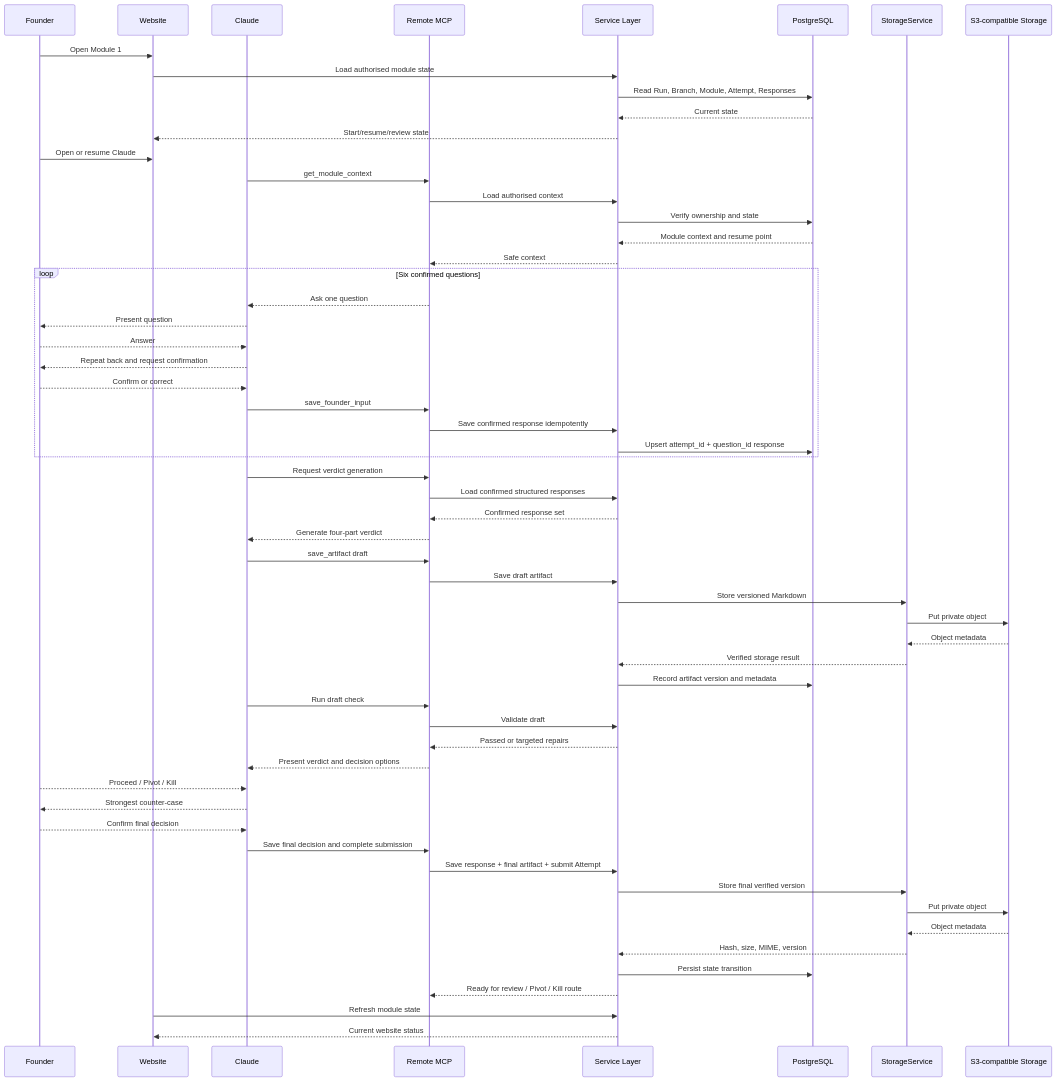
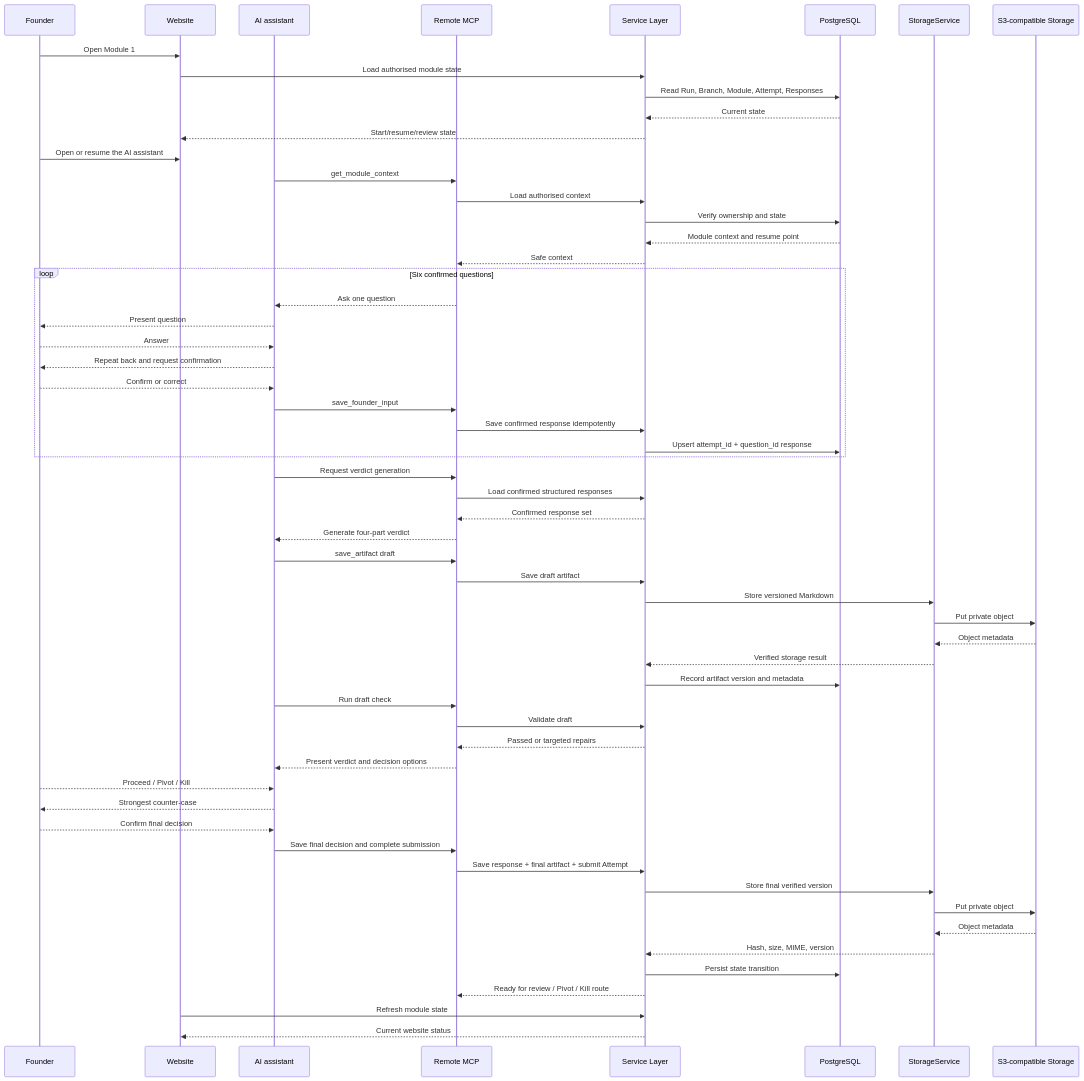
Before and after one commit to kasuganoharuga/ai-catalyst-workspace: the third of 3 diagrams in docs/product/module-0-and-module-1-workflow.md, drawn with Mermaid. The commit also changed other lines of this file and 10 other files, not shown here.

````diff
--- a/docs/product/module-0-and-module-1-workflow.md
+++ b/docs/product/module-0-and-module-1-workflow.md
@@ -700,66 +707,66 @@
 ```mermaid
 sequenceDiagram
     participant F as Founder
     participant W as Website
-    participant C as Claude
+    participant C as AI assistant
     participant M as Remote MCP
     participant S as Service Layer
     participant D as PostgreSQL
     participant O as StorageService
     participant B as S3-compatible Storage
 
     F->>W: Open Module 1
     W->>S: Load authorised module state
     S->>D: Read Run, Branch, Module, Attempt, Responses
     D-->>S: Current state
     S-->>W: Start/resume/review state
 
-    F->>W: Open or resume Claude
+    F->>W: Open or resume the AI assistant
     C->>M: get_module_context
     M->>S: Load authorised context
     S->>D: Verify ownership and state
     D-->>S: Module context and resume point
     S-->>M: Safe context
 
     loop Six confirmed questions
         M-->>C: Ask one question
         C-->>F: Present question
         F-->>C: Answer
         C-->>F: Repeat back and request confirmation
         F-->>C: Confirm or correct
         C->>M: save_founder_input
         M->>S: Save confirmed response idempotently
         S->>D: Upsert attempt_id + question_id response
     end
 
     C->>M: Request verdict generation
     M->>S: Load confirmed structured responses
     S-->>M: Confirmed response set
     M-->>C: Generate four-part verdict
     C->>M: save_artifact draft
     M->>S: Save draft artifact
     S->>O: Store versioned Markdown
     O->>B: Put private object
     B-->>O: Object metadata
     O-->>S: Verified storage result
     S->>D: Record artifact version and metadata
 
     C->>M: Run draft check
     M->>S: Validate draft
     S-->>M: Passed or targeted repairs
     M-->>C: Present verdict and decision options
     F-->>C: Proceed / Pivot / Kill
     C-->>F: Strongest counter-case
     F-->>C: Confirm final decision
 
     C->>M: Save final decision and complete submission
     M->>S: Save response + final artifact + submit Attempt
     S->>O: Store final verified version
     O->>B: Put private object
     B-->>O: Object metadata
     O-->>S: Hash, size, MIME, version
     S->>D: Persist state transition
     S-->>M: Ready for review / Pivot / Kill route
     W->>S: Refresh module state
     S-->>W: Current website status
 ```
````
